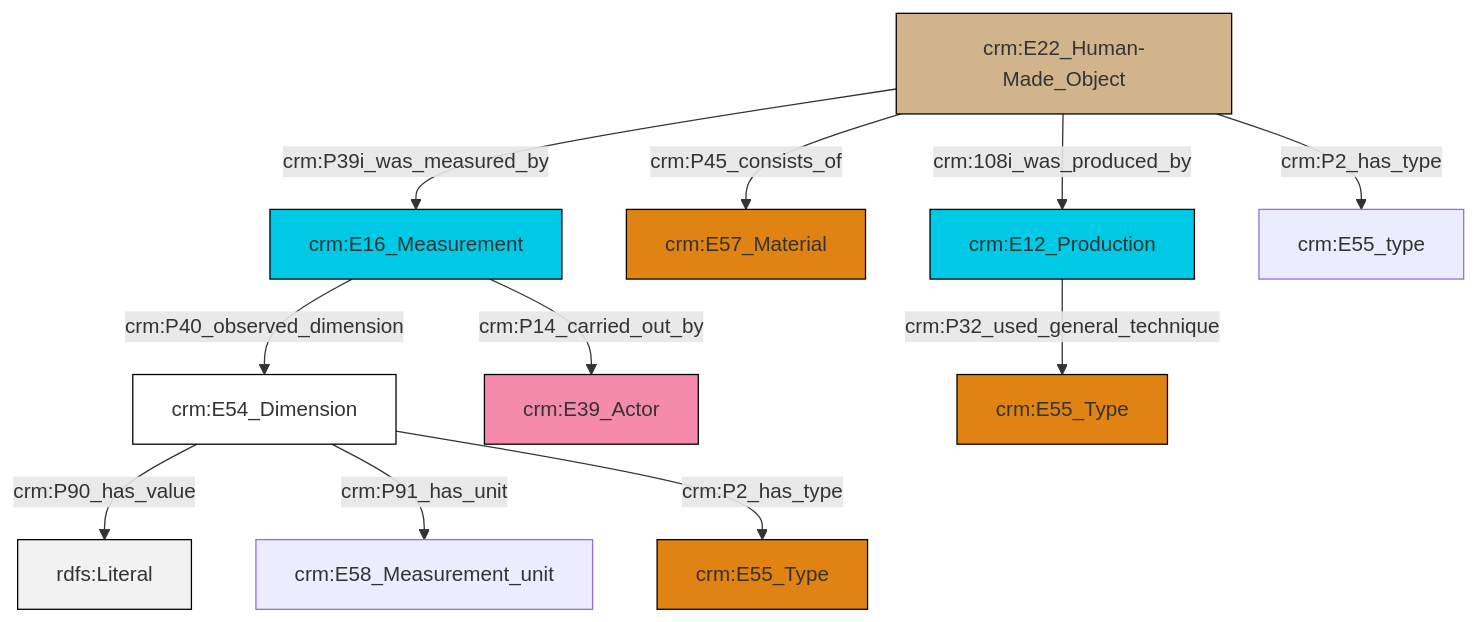
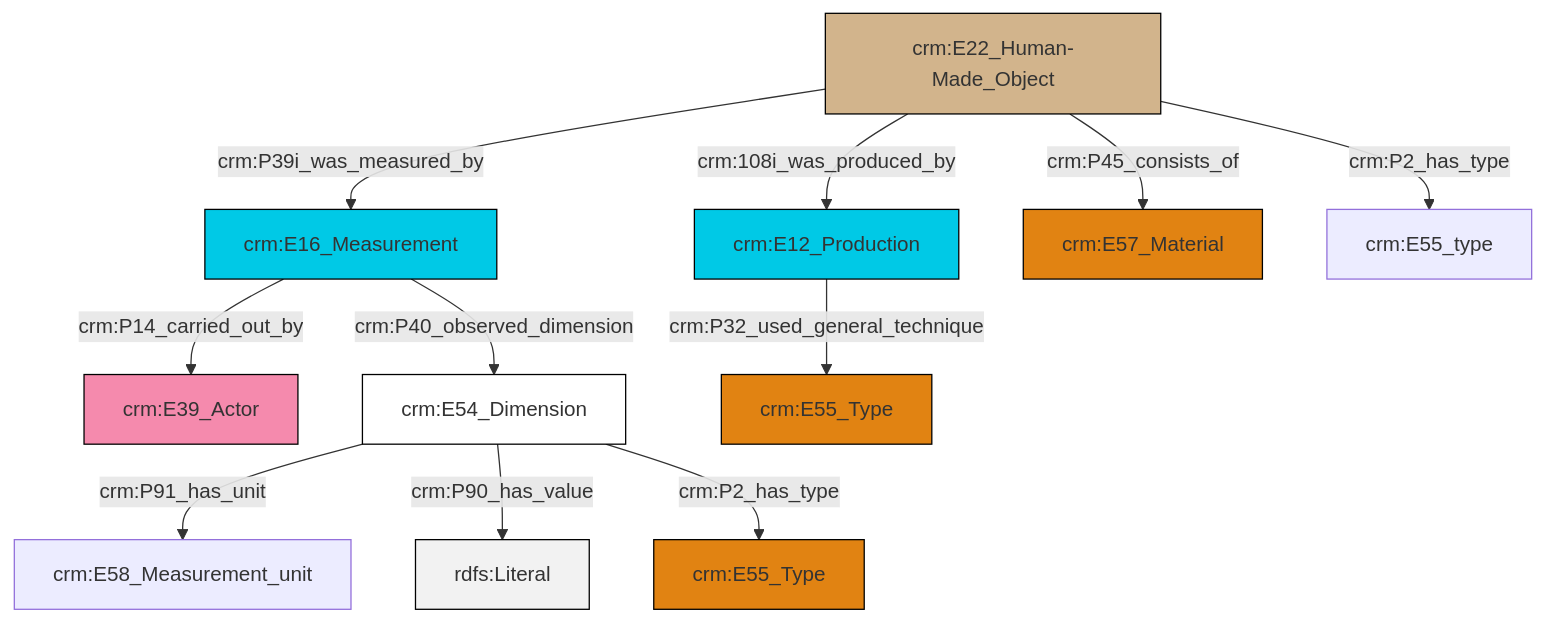
Before and after one commit to swiss-art-research-net/docs.swissartresearch: the diagram in et/artworkCSV/ttl/mmd/Artwork_substance.ttl.mmd, drawn with Mermaid. The commit also changed 176 other files, not shown here.

```diff
--- a/et/artworkCSV/ttl/mmd/Artwork_substance.ttl.mmd
+++ b/et/artworkCSV/ttl/mmd/Artwork_substance.ttl.mmd
@@ -1,25 +1,25 @@
 graph TD
 classDef Literal fill:#f2f2f2,stroke:#000000;
 classDef CRM_Entity fill:#FFFFFF,stroke:#000000;
 classDef Temporal_Entity fill:#00C9E6, stroke:#000000;
 classDef Type fill:#E18312, stroke:#000000;
 classDef Time-Span fill:#2C9C91, stroke:#000000;
 classDef Appellation fill:#FFEB7F, stroke:#000000;
 classDef Place fill:#008836, stroke:#000000;
 classDef Persistent_Item fill:#B266B2, stroke:#000000;
 classDef Conceptual_Object fill:#FFD700, stroke:#000000;
 classDef Physical_Thing fill:#D2B48C, stroke:#000000;
 classDef Actor fill:#f58aad, stroke:#000000;
 classDef PC_Classes fill:#4ce600, stroke:#000000;
 classDef Multi fill:#cccccc,stroke:#000000;
 
-0["crm:E54_Dimension"]:::CRM_Entity -->|crm:P90_has_value| 1[rdfs:Literal]:::Literal
-2["crm:E16_Measurement"]:::Temporal_Entity -->|crm:P40_observed_dimension| 0["crm:E54_Dimension"]:::CRM_Entity
-3["crm:E22_Human-Made_Object"]:::Physical_Thing -->|crm:P39i_was_measured_by| 2["crm:E16_Measurement"]:::Temporal_Entity
-0["crm:E54_Dimension"]:::CRM_Entity -->|crm:P91_has_unit| 4["crm:E58_Measurement_unit"]:::Default
-0["crm:E54_Dimension"]:::CRM_Entity -->|crm:P2_has_type| 8["crm:E55_Type"]:::Type
-2["crm:E16_Measurement"]:::Temporal_Entity -->|crm:P14_carried_out_by| 6["crm:E39_Actor"]:::Actor
-3["crm:E22_Human-Made_Object"]:::Physical_Thing -->|crm:108i_was_produced_by| 11["crm:E12_Production"]:::Temporal_Entity
-11["crm:E12_Production"]:::Temporal_Entity -->|crm:P32_used_general_technique| 17["crm:E55_Type"]:::Type
-3["crm:E22_Human-Made_Object"]:::Physical_Thing -->|crm:P45_consists_of| 9["crm:E57_Material"]:::Type
-3["crm:E22_Human-Made_Object"]:::Physical_Thing -->|crm:P2_has_type| 18["crm:E55_type"]:::Default
+4["crm:E22_Human-Made_Object"]:::Physical_Thing -->|crm:108i_was_produced_by| 5["crm:E12_Production"]:::Temporal_Entity
+4["crm:E22_Human-Made_Object"]:::Physical_Thing -->|crm:P39i_was_measured_by| 0["crm:E16_Measurement"]:::Temporal_Entity
+0["crm:E16_Measurement"]:::Temporal_Entity -->|crm:P40_observed_dimension| 8["crm:E54_Dimension"]:::CRM_Entity
+0["crm:E16_Measurement"]:::Temporal_Entity -->|crm:P14_carried_out_by| 2["crm:E39_Actor"]:::Actor
+8["crm:E54_Dimension"]:::CRM_Entity -->|crm:P91_has_unit| 10["crm:E58_Measurement_unit"]:::Default
+8["crm:E54_Dimension"]:::CRM_Entity -->|crm:P90_has_value| 11[rdfs:Literal]:::Literal
+4["crm:E22_Human-Made_Object"]:::Physical_Thing -->|crm:P2_has_type| 15["crm:E55_type"]:::Default
+8["crm:E54_Dimension"]:::CRM_Entity -->|crm:P2_has_type| 12["crm:E55_Type"]:::Type
+4["crm:E22_Human-Made_Object"]:::Physical_Thing -->|crm:P45_consists_of| 6["crm:E57_Material"]:::Type
+5["crm:E12_Production"]:::Temporal_Entity -->|crm:P32_used_general_technique| 17["crm:E55_Type"]:::Type
```
